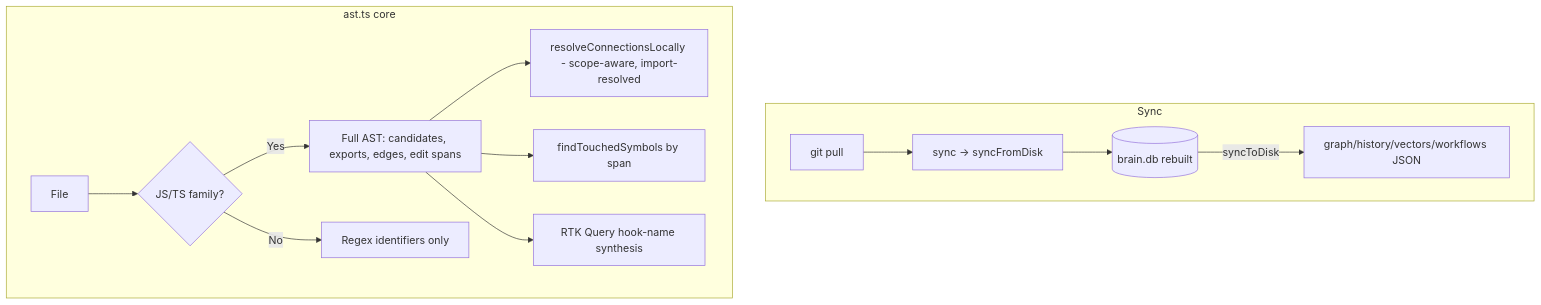
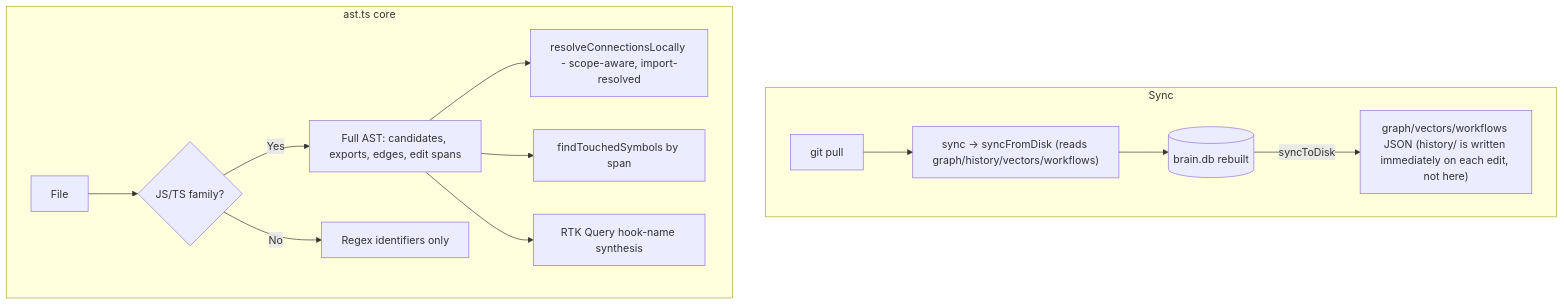
One commit to Abialidr/devsmind-mcp changed diagram 17 of 17 in FUNCTIONALITY_MAP.md. Above: the diagram before and after it, drawn with Mermaid. The commit also changed other lines of this file and 6 other files, not shown here.

````diff
--- a/FUNCTIONALITY_MAP.md
+++ b/FUNCTIONALITY_MAP.md
@@ -739,16 +744,16 @@
 ```mermaid
 flowchart TD
   subgraph Sync
-    PULL[git pull] --> SF[sync → syncFromDisk]
+    PULL[git pull] --> SF["sync → syncFromDisk (reads graph/history/vectors/workflows)"]
     SF --> DB[(brain.db rebuilt)]
-    DB -->|syncToDisk| JSON[graph/history/vectors/workflows JSON]
+    DB -->|syncToDisk| JSON["graph/vectors/workflows JSON (history/ is written immediately on each edit, not here)"]
   end
   subgraph AST["ast.ts core"]
     F[File] --> PARSE{JS/TS family?}
     PARSE -->|Yes| FULL[Full AST: candidates, exports, edges, edit spans]
     PARSE -->|No| REGEX[Regex identifiers only]
     FULL --> EDGES[resolveConnectionsLocally - scope-aware, import-resolved]
     FULL --> TOUCH[findTouchedSymbols by span]
     FULL --> RTK[RTK Query hook-name synthesis]
   end
 ```
````
